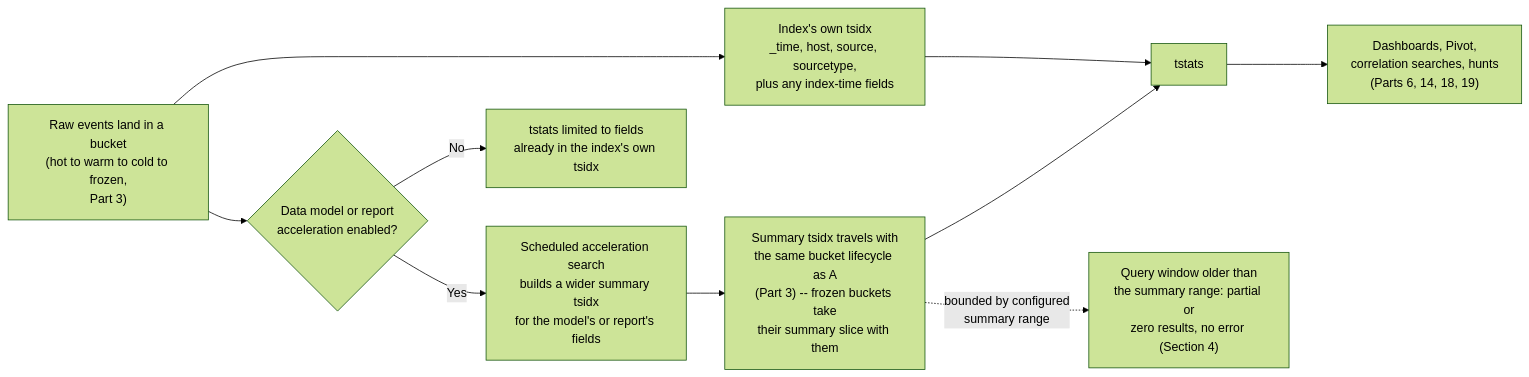
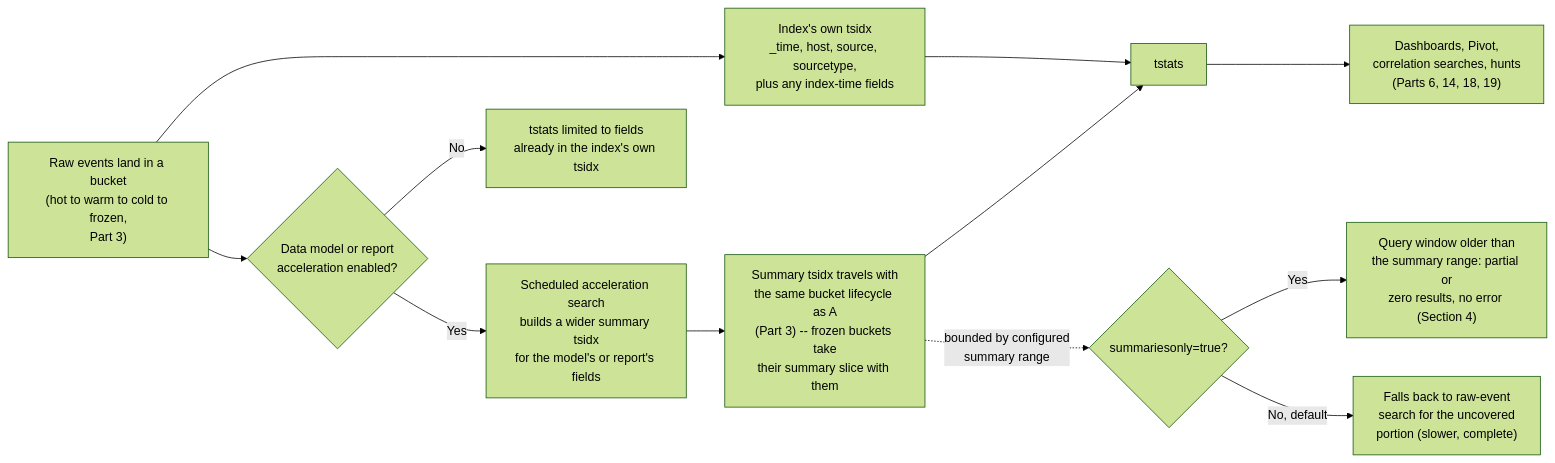
Before and after one commit to neshboy/splunk-security-operations-handbook: the diagram in chapters/part10-data-model-and-report-acceleration.md, drawn with Mermaid (forest theme). The commit also changed other lines of this file and 2 other files, not shown here.

Commit message:
fix: reconcile summariesonly conditional between prose and diagram (Part 10)

````diff
--- a/chapters/part10-data-model-and-report-acceleration.md
+++ b/chapters/part10-data-model-and-report-acceleration.md
@@ -31,12 +31,14 @@
 ```mermaid
 flowchart LR
     A["Raw events land in a bucket\n(hot to warm to cold to frozen,\nPart 3)"] --> B["Index's own tsidx\n_time, host, source, sourcetype,\nplus any index-time fields"]
     A --> C{"Data model or report\nacceleration enabled?"}
     C -->|No| D["tstats limited to fields\nalready in the index's own tsidx"]
     C -->|Yes| E["Scheduled acceleration search\nbuilds a wider summary tsidx\nfor the model's or report's fields"]
     E --> F["Summary tsidx travels with\nthe same bucket lifecycle as A\n(Part 3) -- frozen buckets take\ntheir summary slice with them"]
     B --> G["tstats"]
     F --> G
     G --> H["Dashboards, Pivot,\ncorrelation searches, hunts\n(Parts 6, 14, 18, 19)"]
-    F -.bounded by configured\nsummary range.-> I["Query window older than\nthe summary range: partial or\nzero results, no error (Section 4)"]
+    F -.bounded by configured\nsummary range.-> I{"summariesonly=true?"}
+    I -->|Yes| J["Query window older than\nthe summary range: partial or\nzero results, no error (Section 4)"]
+    I -->|No, default| K["Falls back to raw-event\nsearch for the uncovered\nportion (slower, complete)"]
 ```
````
